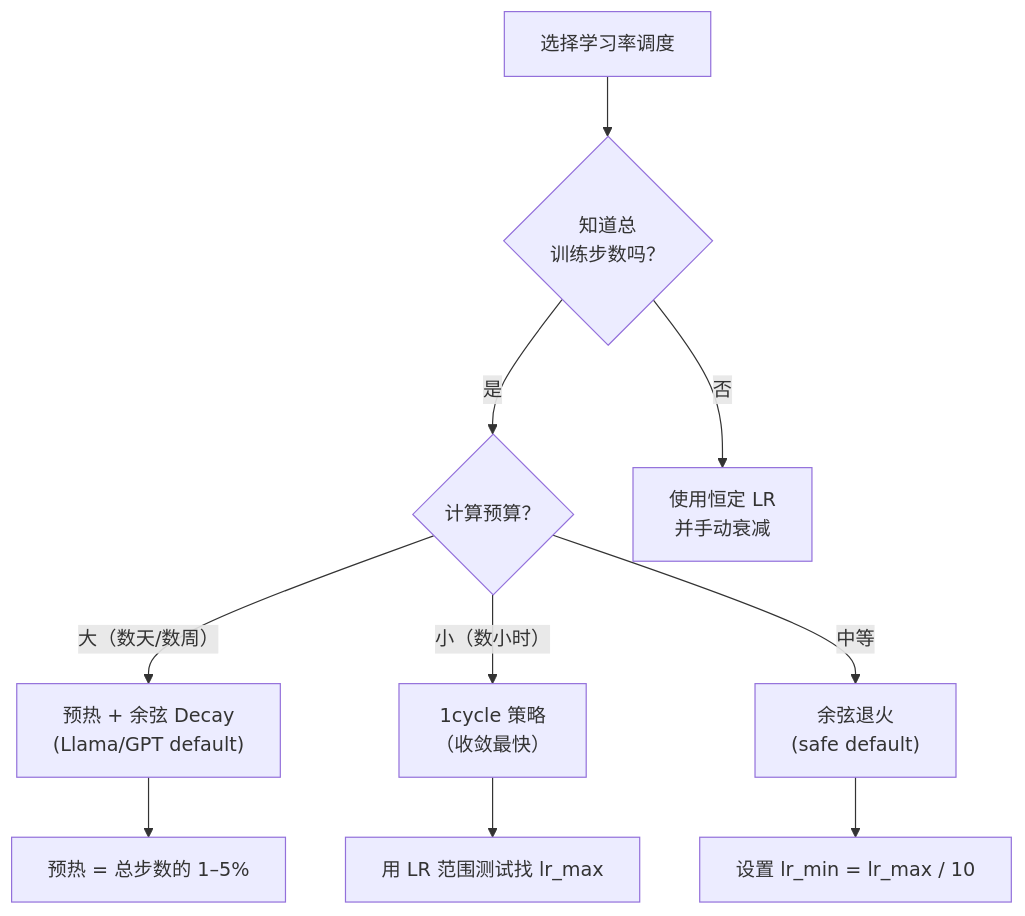
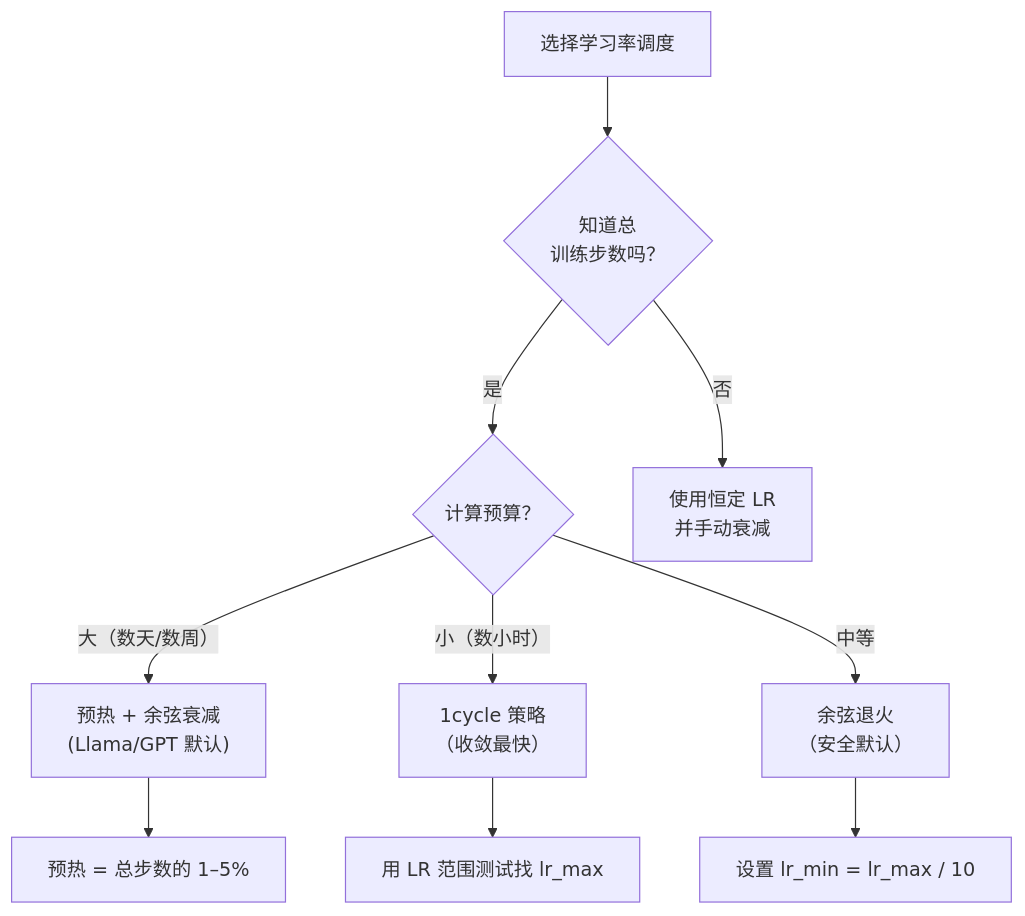
Before and after one commit to huangyue12120/Learning-Atlas: the second of 3 diagrams in content/translations/practice/03-deep-learning-core/09-learning-rate-schedules/zh.md, drawn with Mermaid. The commit also changed other lines of this file and 24 other files, not shown here.

Commit message:
fix(reader): localize Mermaid in source content

````diff
--- a/content/translations/practice/03-deep-learning-core/09-learning-rate-schedules/zh.md
+++ b/content/translations/practice/03-deep-learning-core/09-learning-rate-schedules/zh.md
@@ -136,15 +136,15 @@
 ```mermaid
 flowchart TD
     Start["选择学习率调度"] --> Know{"知道总<br/>训练步数吗？"}
 
     Know -->|"是"| Budget{"计算预算？"}
     Know -->|"否"| Constant["使用恒定 LR<br/>并手动衰减"]
 
-    Budget -->|"大（数天/数周）"| WarmCos["预热 + 余弦 Decay<br/>(Llama/GPT default)"]
+    Budget -->|"大（数天/数周）"| WarmCos["预热 + 余弦衰减<br/>(Llama/GPT 默认)"]
     Budget -->|"小（数小时）"| OneCycle["1cycle 策略<br/>（收敛最快）"]
-    Budget -->|"中等"| Cosine["余弦退火<br/>(safe default)"]
+    Budget -->|"中等"| Cosine["余弦退火<br/>（安全默认）"]
 
     WarmCos --> Warmup["预热 = 总步数的 1–5%"]
     OneCycle --> FindLR["用 LR 范围测试找 lr_max"]
     Cosine --> MinLR["设置 lr_min = lr_max / 10"]
 ```
````
